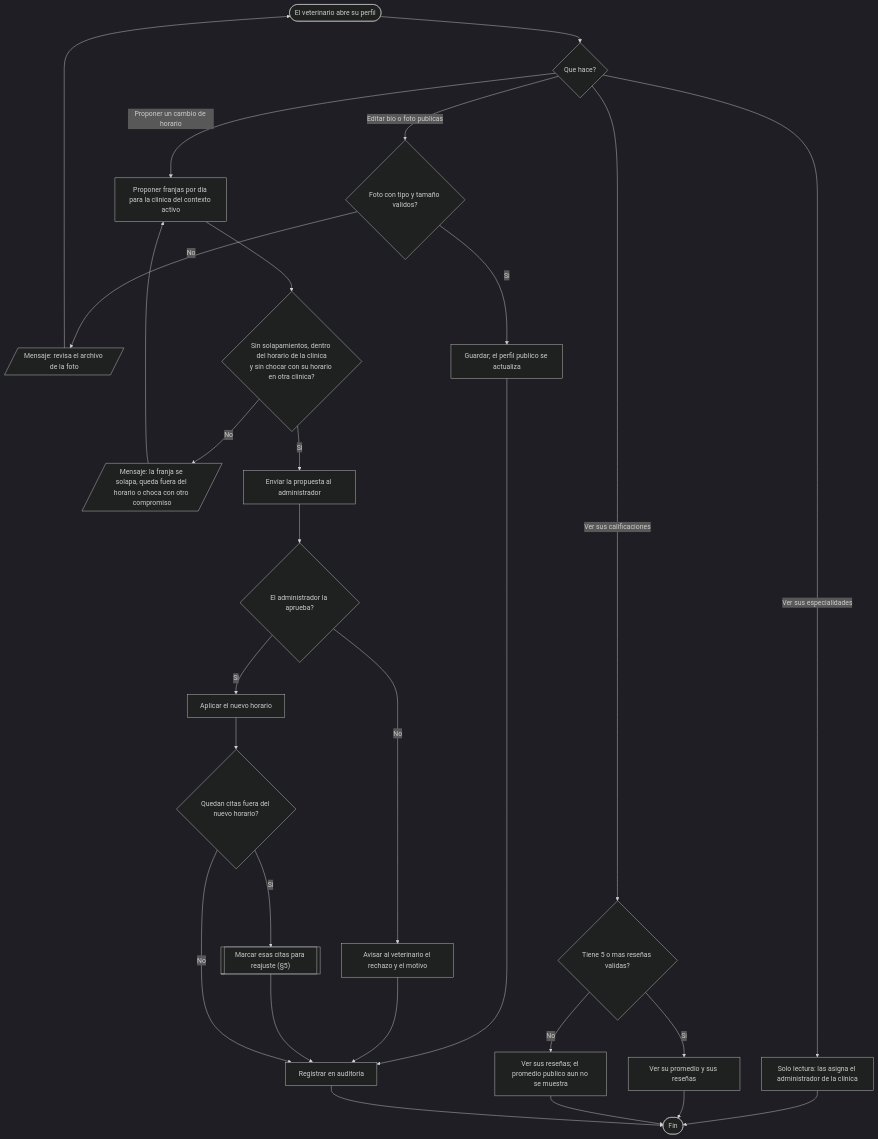
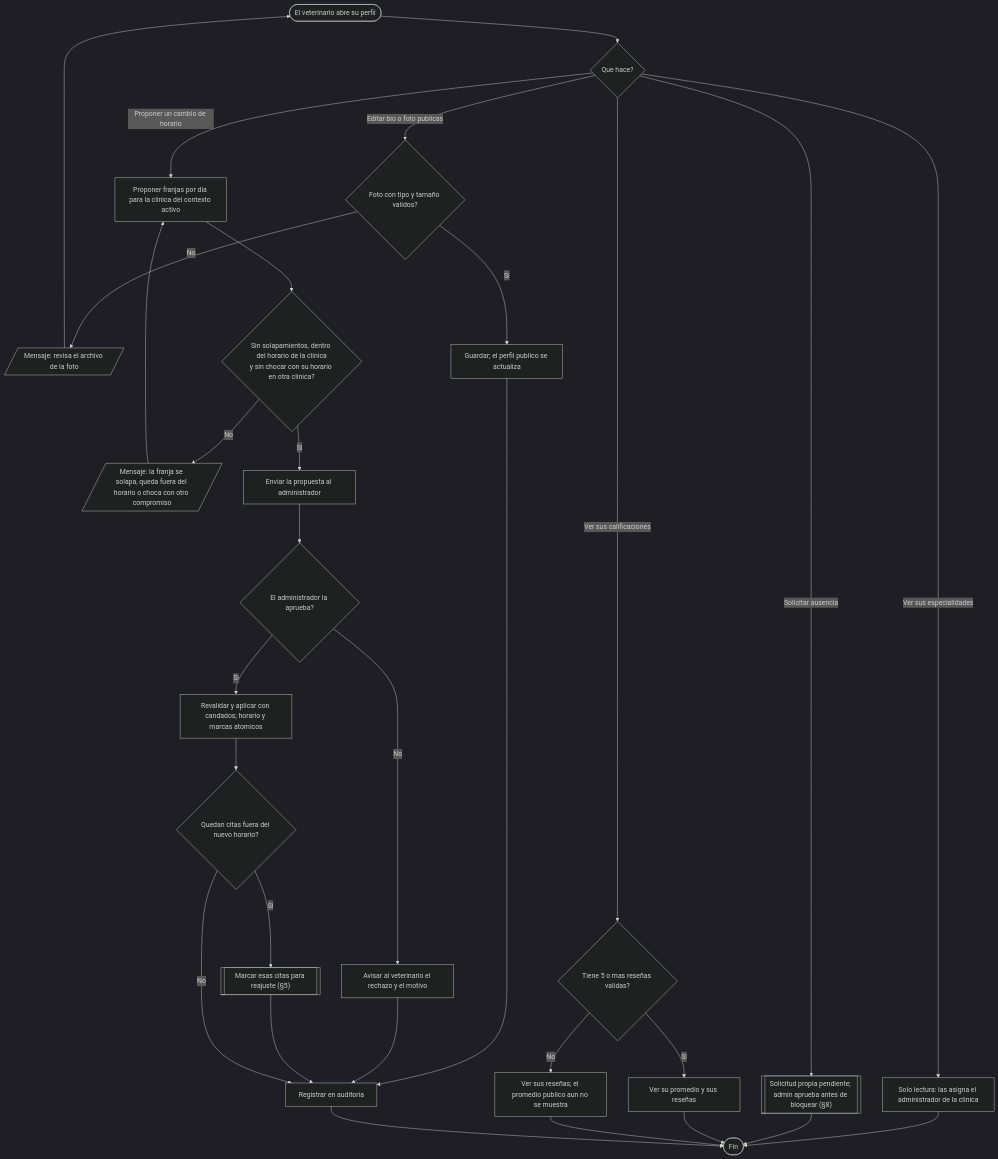
Before and after one commit to carvajal7lsch-commits/Zooki: diagram 25 of 26 in documentacion/Modelos.md, drawn with Mermaid (dark theme). The commit also changed other lines of this file and 10 other files, not shown here.

````diff
--- a/documentacion/Modelos.md
+++ b/documentacion/Modelos.md
@@ -1057,35 +1090,38 @@
 ```mermaid
 flowchart TD
   A([El veterinario abre su perfil]) --> Q{Que hace?}
 
   Q -- Editar bio o foto publicas --> B1{"Foto con tipo y tamaño validos?"}
   B1 -- No --> B2[/"Mensaje: revisa el archivo de la foto"/]
   B2 --> A
   B1 -- Si --> B3[Guardar; el perfil publico se actualiza]
   B3 --> AUD
 
   Q -- Ver sus especialidades --> E1[Solo lectura: las asigna el administrador de la clinica]
   E1 --> ZF([Fin])
 
   Q -- Proponer un cambio de horario --> H1[Proponer franjas por dia para la clinica del contexto activo]
   H1 --> H2{"Sin solapamientos, dentro del horario de la clinica<br/>y sin chocar con su horario en otra clinica?"}
   H2 -- No --> H3[/"Mensaje: la franja se solapa, queda fuera del horario o choca con otro compromiso"/]
   H3 --> H1
   H2 -- Si --> H4[Enviar la propuesta al administrador]
   H4 --> H5{El administrador la aprueba?}
   H5 -- No --> H6[Avisar al veterinario el rechazo y el motivo]
   H6 --> AUD
-  H5 -- Si --> H7[Aplicar el nuevo horario]
+  H5 -- Si --> H7[Revalidar y aplicar con candados; horario y marcas atomicos]
   H7 --> H8{Quedan citas fuera del nuevo horario?}
   H8 -- Si --> H9[["Marcar esas citas para reajuste (§5)"]]
   H9 --> AUD
   H8 -- No --> AUD
+
+  Q -- Solicitar ausencia --> AUS[["Solicitud propia pendiente; admin aprueba antes de bloquear (§8)"]]
+  AUS --> ZF
 
   Q -- Ver sus calificaciones --> R1{Tiene 5 o mas reseñas validas?}
   R1 -- Si --> R2[Ver su promedio y sus reseñas]
   R1 -- No --> R3[Ver sus reseñas; el promedio publico aun no se muestra]
   R2 --> ZF
   R3 --> ZF
 
   AUD[Registrar en auditoria] --> ZF
 ```
````
